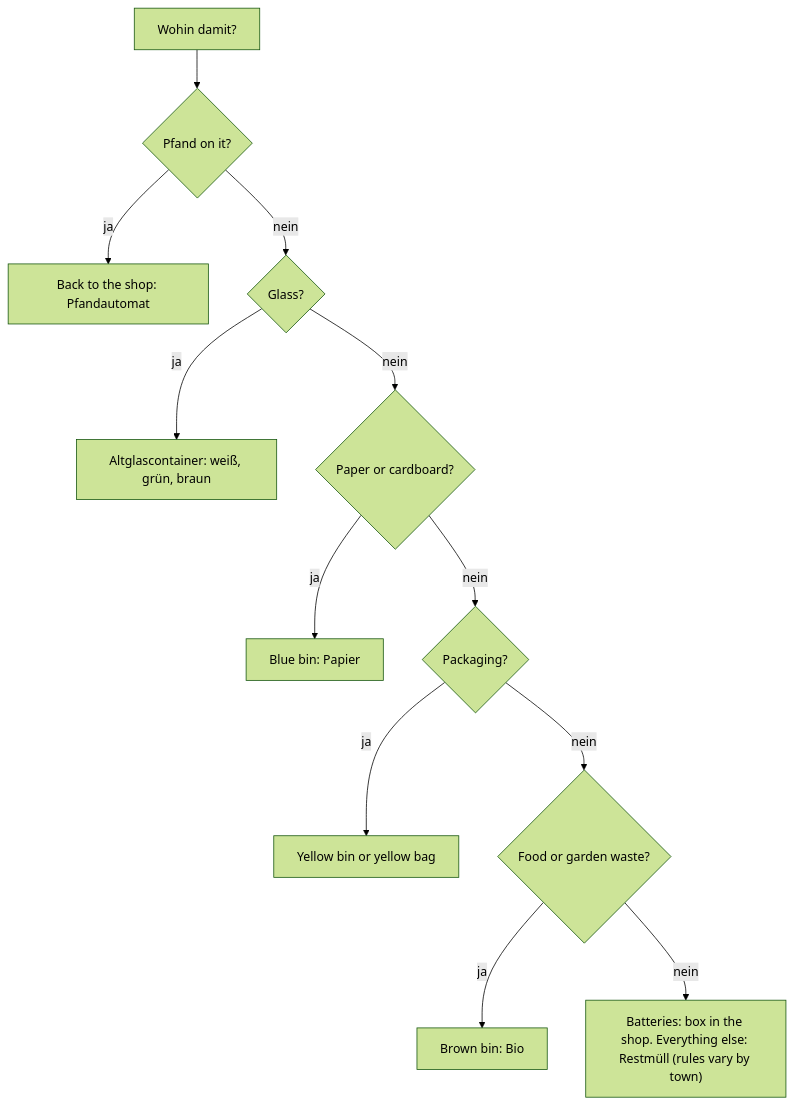
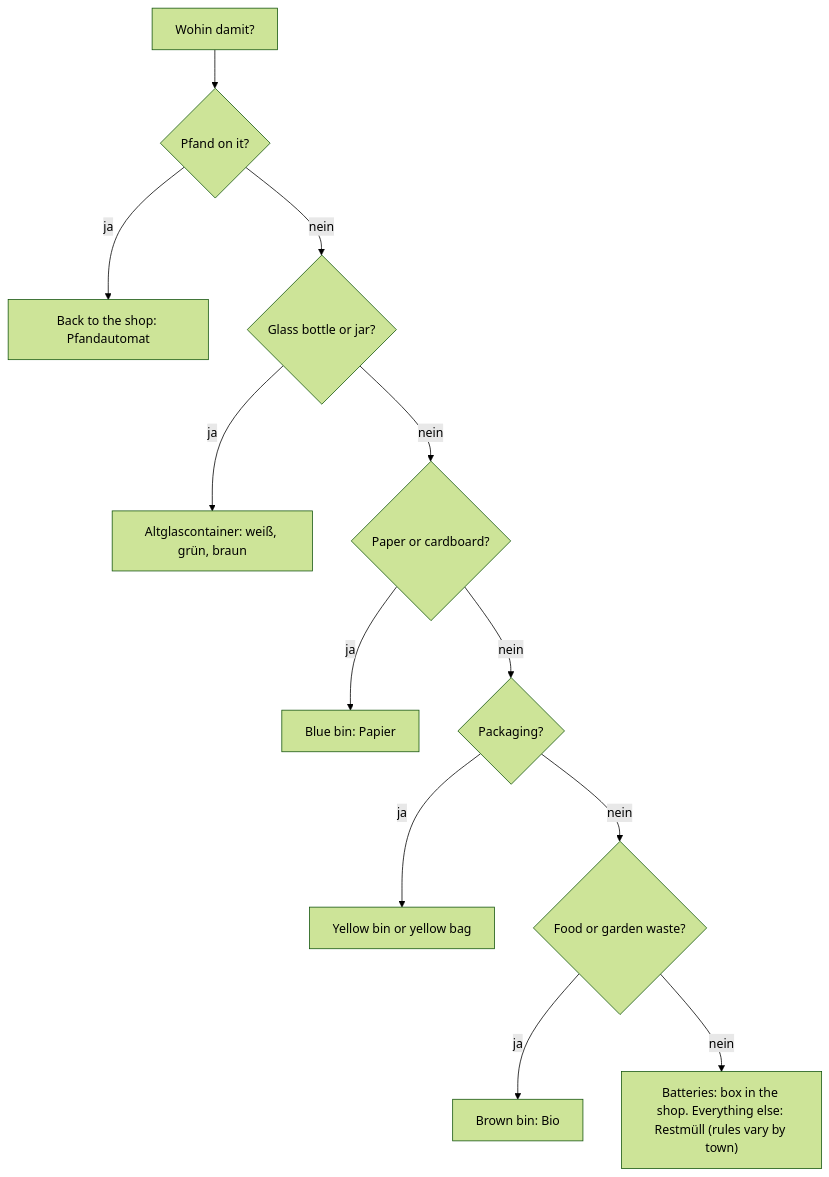
One commit to Aziliz/erudior changed the diagram in content/languages/german-a2/lessons/16h3-rubbish-pfand.md. Above: the diagram before and after it, drawn with Mermaid (forest theme). The commit also changed 31 other files, not shown here.

````diff
--- a/content/languages/german-a2/lessons/16h3-rubbish-pfand.md
+++ b/content/languages/german-a2/lessons/16h3-rubbish-pfand.md
@@ -87,16 +87,16 @@
 ```mermaid
 flowchart TD
   accTitle: Where does it go? A rubbish decision chart
-  accDescr: Start with the item. A bottle or can with the deposit logo, or a reusable bottle, goes back to the shop. Glass without a deposit goes to the bottle bank, sorted by colour. Paper or cardboard goes in the blue bin. Other packaging of plastic, metal or mixed materials goes in the yellow bin. Food and garden waste goes in the brown bin. Batteries go to the collection box in a shop. Anything else goes in the general waste. The chart notes that rules vary by town.
+  accDescr: Start with the item. A bottle or can with the deposit logo, or a reusable bottle, goes back to the shop. A glass bottle or jar without a deposit goes to the bottle bank, sorted by colour. Paper or cardboard goes in the blue bin. Other packaging of plastic, metal or mixed materials goes in the yellow bin. Food and garden waste goes in the brown bin. Batteries go to the collection box in a shop. Anything else goes in the general waste. The chart notes that rules vary by town.
   A["Wohin damit?"] --> B{"Pfand on it?"}
   B -- ja --> C["Back to the shop: Pfandautomat"]
-  B -- nein --> D{"Glass?"}
+  B -- nein --> D{"Glass bottle or jar?"}
   D -- ja --> E["Altglascontainer: weiß, grün, braun"]
   D -- nein --> F{"Paper or cardboard?"}
   F -- ja --> G["Blue bin: Papier"]
   F -- nein --> H{"Packaging?"}
   H -- ja --> I["Yellow bin or yellow bag"]
   H -- nein --> J{"Food or garden waste?"}
   J -- ja --> K["Brown bin: Bio"]
   J -- nein --> L["Batteries: box in the shop. Everything else: Restmüll (rules vary by town)"]
 ```
````
